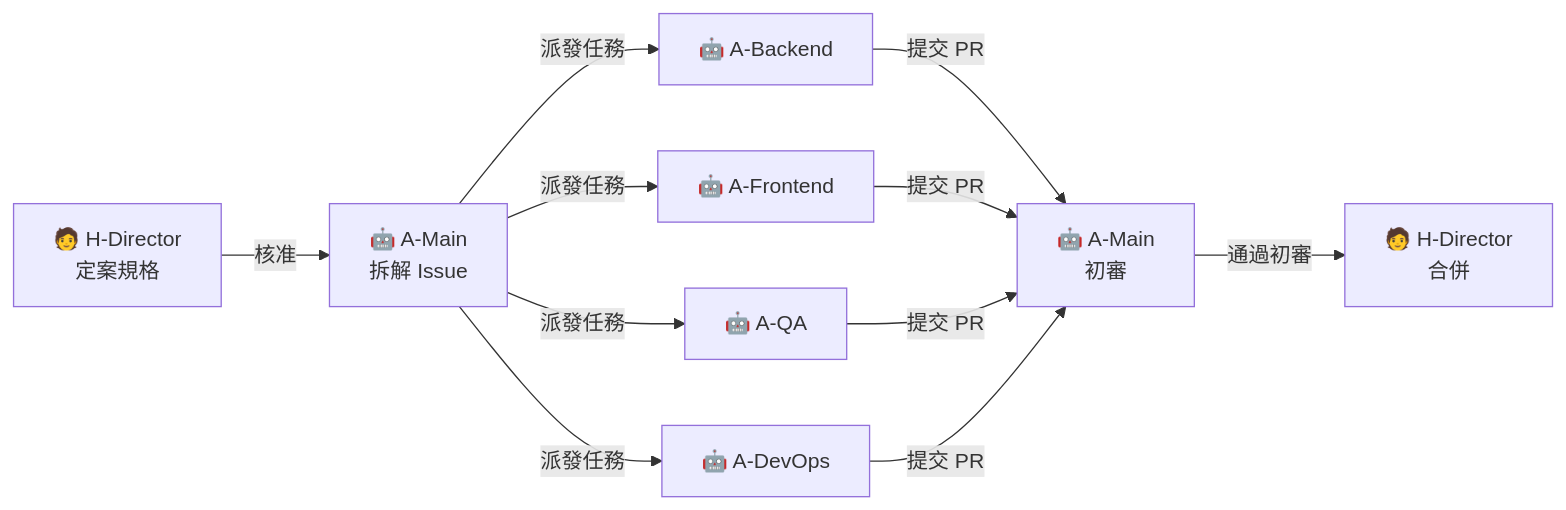
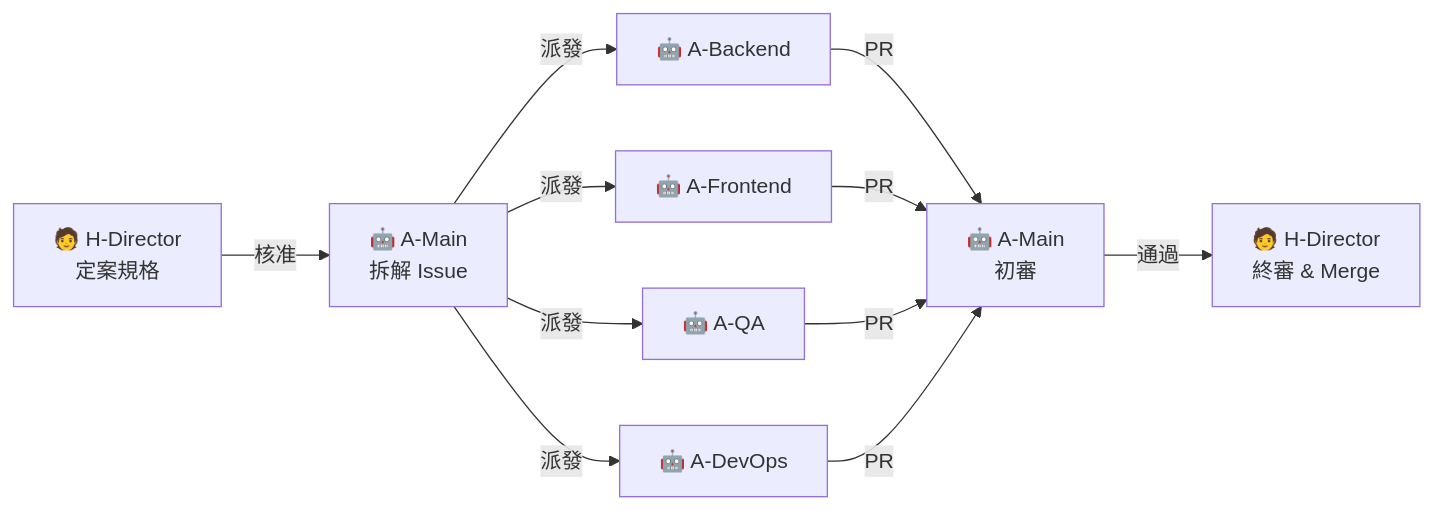
Before and after one commit to robin-li/Vibe-SDLC: the first of 5 diagrams in .claude/skills/vibe-sdlc-p1-spec/examples/docs/02-Dev_Plan.md, drawn with Mermaid. The commit also changed other lines of this file and 31 other files, not shown here.

````diff
--- a/.claude/skills/vibe-sdlc-p1-spec/examples/docs/02-Dev_Plan.md
+++ b/.claude/skills/vibe-sdlc-p1-spec/examples/docs/02-Dev_Plan.md
@@ -62,13 +63,13 @@
 ```mermaid
 flowchart LR
     D["🧑 H-Director<br/>定案規格"] -->|核准| M["🤖 A-Main<br/>拆解 Issue"]
-    M -->|派發任務| BE["🤖 A-Backend"]
-    M -->|派發任務| FE["🤖 A-Frontend"]
-    M -->|派發任務| QA["🤖 A-QA"]
-    M -->|派發任務| DO["🤖 A-DevOps"]
-    BE -->|提交 PR| M2["🤖 A-Main<br/>初審"]
-    FE -->|提交 PR| M2
-    QA -->|提交 PR| M2
-    DO -->|提交 PR| M2
-    M2 -->|通過初審| D2["🧑 H-Director<br/>合併"]
+    M -->|派發| BE["🤖 A-Backend"]
+    M -->|派發| FE["🤖 A-Frontend"]
+    M -->|派發| QA["🤖 A-QA"]
+    M -->|派發| DO["🤖 A-DevOps"]
+    BE -->|PR| M2["🤖 A-Main<br/>初審"]
+    FE -->|PR| M2
+    QA -->|PR| M2
+    DO -->|PR| M2
+    M2 -->|通過| D2["🧑 H-Director<br/>終審 & Merge"]
 ```
````
